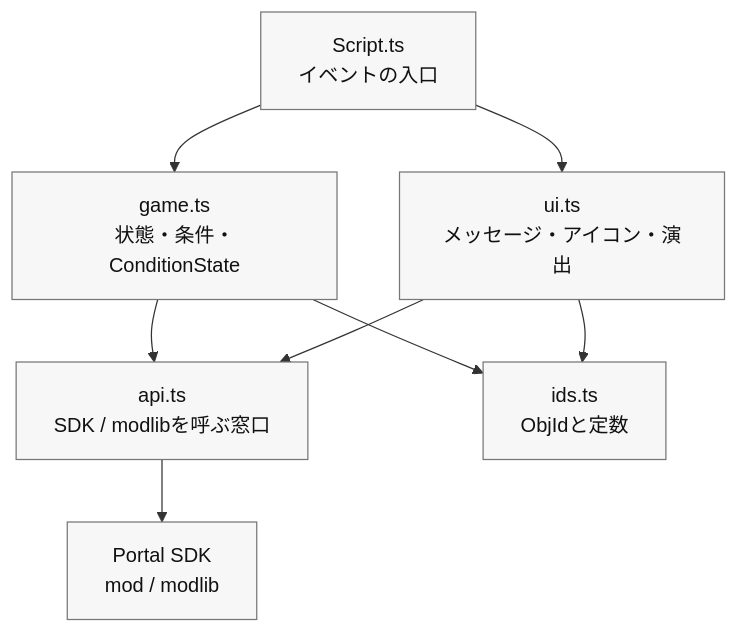
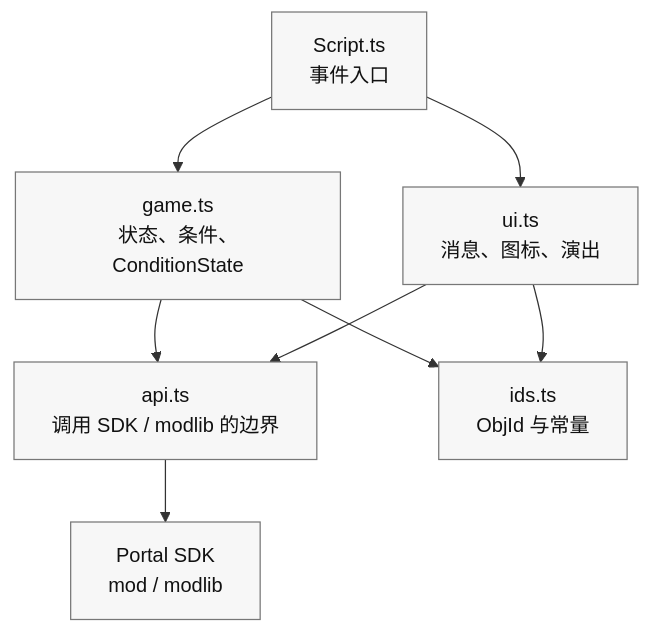
Before and after one commit to link1345/bf-portal-book: the diagram in content/locales/zh-CN/chapters/7b-program-layout.md, drawn with Mermaid. The commit also changed other lines of this file and 2 other files, not shown here.

````diff
--- a/content/locales/zh-CN/chapters/7b-program-layout.md
+++ b/content/locales/zh-CN/chapters/7b-program-layout.md
@@ -130,20 +132,20 @@
 ```mermaid
 flowchart TD
-  script["Script.ts<br/>イベントの入口"]
-  game["game.ts<br/>状態・条件・ConditionState"]
-  ui["ui.ts<br/>メッセージ・アイコン・演出"]
-  api["api.ts<br/>SDK / modlibを呼ぶ窓口"]
-  ids["ids.ts<br/>ObjIdと定数"]
+  script["Script.ts<br/>事件入口"]
+  game["game.ts<br/>状态、条件、ConditionState"]
+  ui["ui.ts<br/>消息、图标、演出"]
+  api["api.ts<br/>调用 SDK / modlib 的边界"]
+  ids["ids.ts<br/>ObjId 与常量"]
   sdk["Portal SDK<br/>mod / modlib"]
 
   script --> game
   script --> ui
   game --> ids
   game --> api
   ui --> ids
   ui --> api
   api --> sdk
 
   classDef base fill:#f7f7f7,stroke:#777,color:#111
   class script,game,ui,api,ids,sdk base
 ```
````
